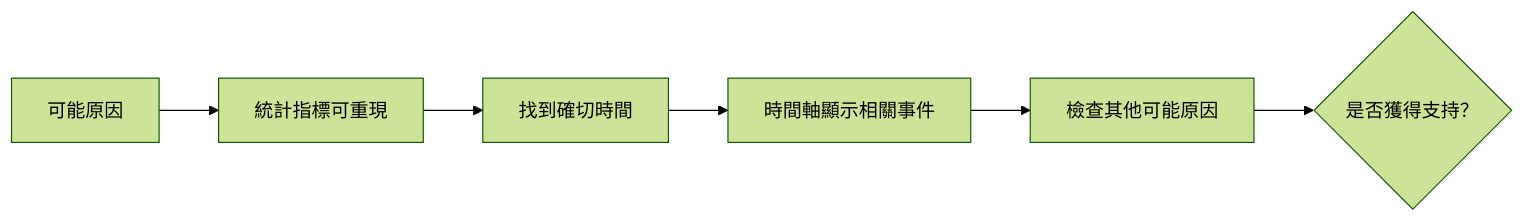
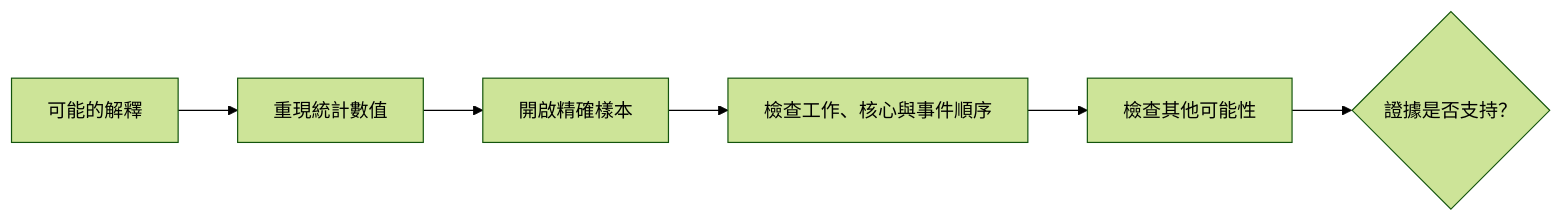
One commit to kuopinghsu/FreeRTOS-BTF-Trace changed the fifth of 6 diagrams in BTFViewer/WORKFLOWS_zh-TW.md. Above: the diagram before and after it, drawn with Mermaid (forest theme). The commit also changed other lines of this file and 112 other files, not shown here.

````diff
--- a/BTFViewer/WORKFLOWS_zh-TW.md
+++ b/BTFViewer/WORKFLOWS_zh-TW.md
@@ -214,8 +381,8 @@
 ```mermaid
 flowchart LR
-  claim["可能原因"] --> metric["統計指標可重現"]
-  metric --> time["找到確切時間"]
-  time --> events["時間軸顯示相關事件"]
-  events --> alternative["檢查其他可能原因"]
-  alternative --> verdict{"是否獲得支持？"}
+  claim["可能的解釋"] --> metric["重現統計數值"]
+  metric --> time["開啟精確樣本"]
+  time --> events["檢查工作、核心與事件順序"]
+  events --> alternatives["檢查其他可能性"]
+  alternatives --> verdict{"證據是否支持？"}
 ```
````
